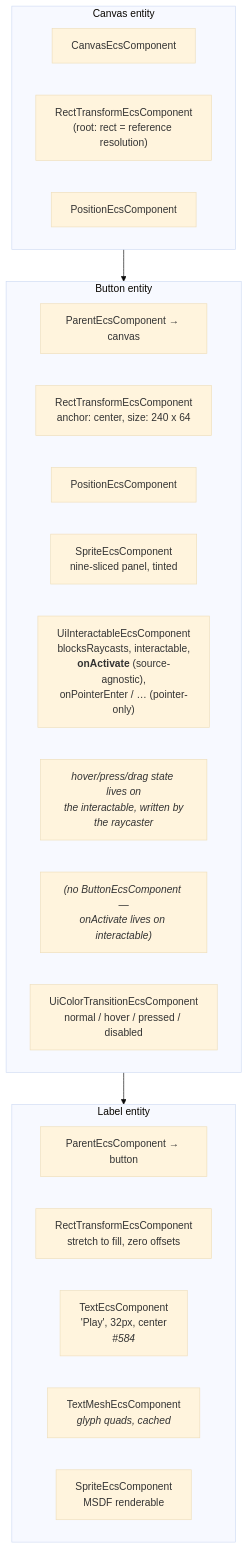
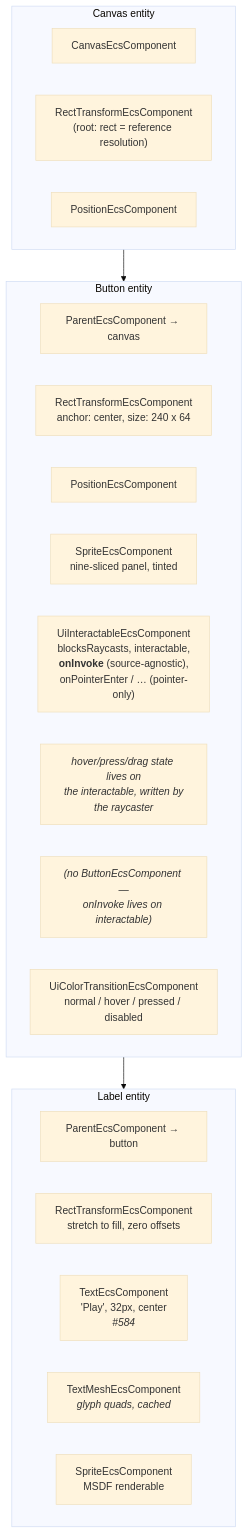
Before and after one commit to Forge-Game-Engine/Forge: the second of 7 diagrams in design/ui-system.md, drawn with Mermaid (base theme). The commit also changed other lines of this file, not shown here.

````diff
--- a/design/ui-system.md
+++ b/design/ui-system.md
@@ -298,29 +298,29 @@
 ```mermaid
 flowchart TD
     subgraph canvas["Canvas entity"]
         C1["CanvasEcsComponent"]
         C2["RectTransformEcsComponent<br/>(root: rect = reference resolution)"]
         C3["PositionEcsComponent"]
     end
 
     subgraph button["Button entity"]
         B1["ParentEcsComponent → canvas"]
         B2["RectTransformEcsComponent<br/>anchor: center, size: 240 x 64"]
         B3["PositionEcsComponent"]
         B4["SpriteEcsComponent<br/>nine-sliced panel, tinted"]
-        B5["UiInteractableEcsComponent<br/>blocksRaycasts, interactable,<br/><b>onActivate</b> (source-agnostic),<br/>onPointerEnter / … (pointer-only)"]
+        B5["UiInteractableEcsComponent<br/>blocksRaycasts, interactable,<br/><b>onInvoke</b> (source-agnostic),<br/>onPointerEnter / … (pointer-only)"]
         B6["<i>hover/press/drag state lives on<br/>the interactable, written by<br/>the raycaster</i>"]
-        B7["<i>(no ButtonEcsComponent —<br/>onActivate lives on interactable)</i>"]
+        B7["<i>(no ButtonEcsComponent —<br/>onInvoke lives on interactable)</i>"]
         B8["UiColorTransitionEcsComponent<br/>normal / hover / pressed / disabled"]
     end
 
     subgraph label["Label entity"]
         L1["ParentEcsComponent → button"]
         L2["RectTransformEcsComponent<br/>stretch to fill, zero offsets"]
         L3["TextEcsComponent<br/>'Play', 32px, center<br/><i>#584</i>"]
         L4["TextMeshEcsComponent<br/><i>glyph quads, cached</i>"]
         L5["SpriteEcsComponent<br/>MSDF renderable"]
     end
 
     canvas --> button --> label
 ```
````
